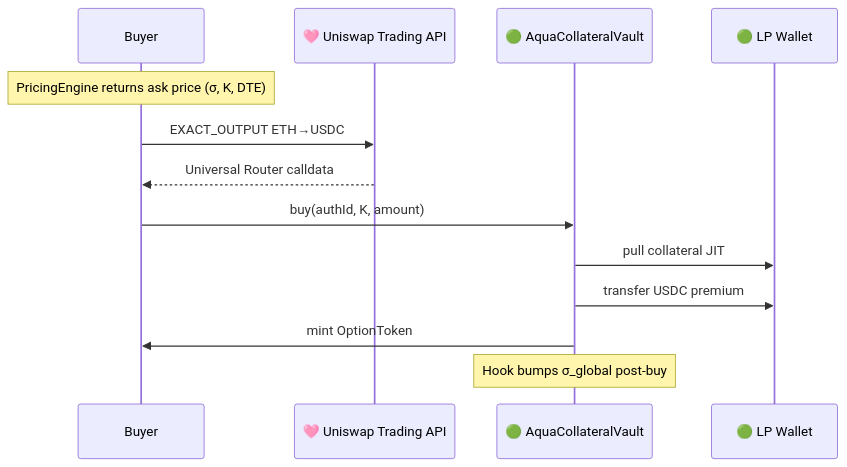
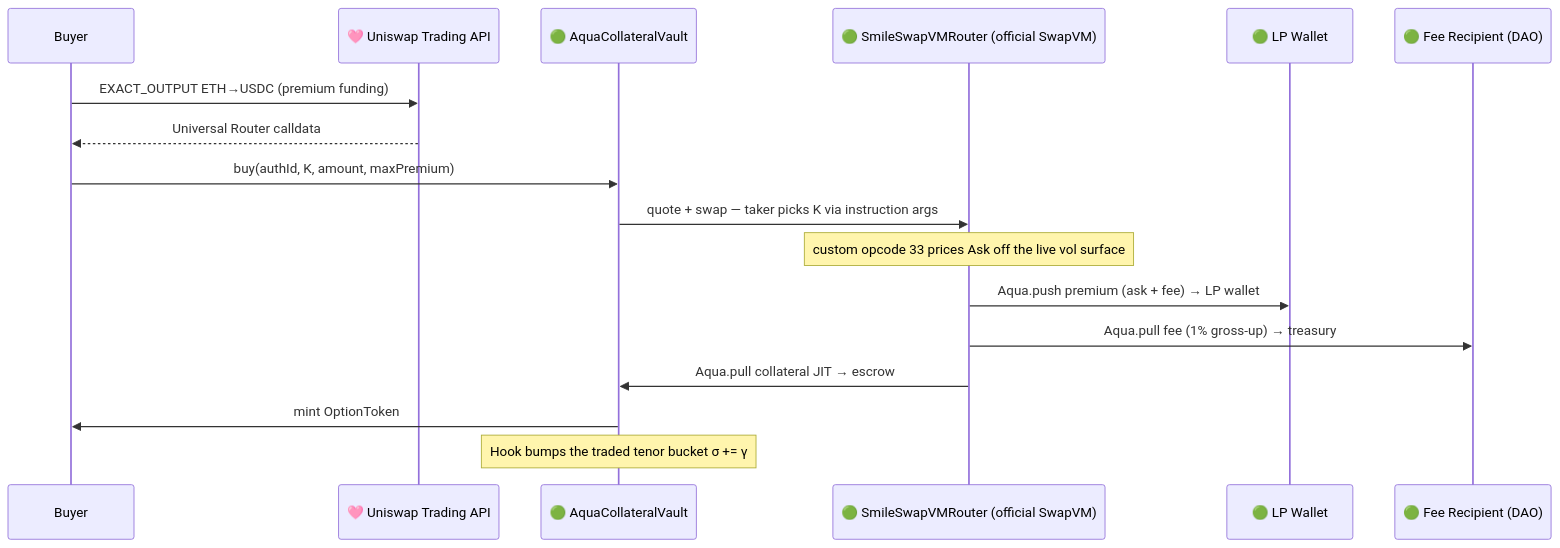
The third of 7 diagrams in README.md (oslinin/Smile), drawn with Mermaid before and after one commit. The commit also changed other lines of this file and 3 other files, not shown here.

````diff
--- a/README.md
+++ b/README.md
@@ -204,16 +213,20 @@
 ```mermaid
 sequenceDiagram
     participant Buyer
     participant UniAPI as 🩷 Uniswap Trading API
     participant Vault as 🟢 AquaCollateralVault
+    participant Router as 🟢 SmileSwapVMRouter (official SwapVM)
     participant LP as 🟢 LP Wallet
+    participant DAO as 🟢 Fee Recipient (DAO)
 
-    Note over Buyer: PricingEngine returns ask price (σ, K, DTE)
-    Buyer->>UniAPI: EXACT_OUTPUT ETH→USDC
+    Buyer->>UniAPI: EXACT_OUTPUT ETH→USDC (premium funding)
     UniAPI-->>Buyer: Universal Router calldata
-    Buyer->>Vault: buy(authId, K, amount)
-    Vault->>LP: pull collateral JIT
-    Vault->>LP: transfer USDC premium
+    Buyer->>Vault: buy(authId, K, amount, maxPremium)
+    Vault->>Router: quote + swap — taker picks K via instruction args
+    Note over Router: custom opcode 33 prices Ask off the live vol surface
+    Router->>LP: Aqua.push premium (ask + fee) → LP wallet
+    Router->>DAO: Aqua.pull fee (1% gross-up) → treasury
+    Router->>Vault: Aqua.pull collateral JIT → escrow
     Vault->>Buyer: mint OptionToken
-    Note over Vault: Hook bumps σ_global post-buy
+    Note over Vault: Hook bumps the traded tenor bucket σ += γ
 ```
````
